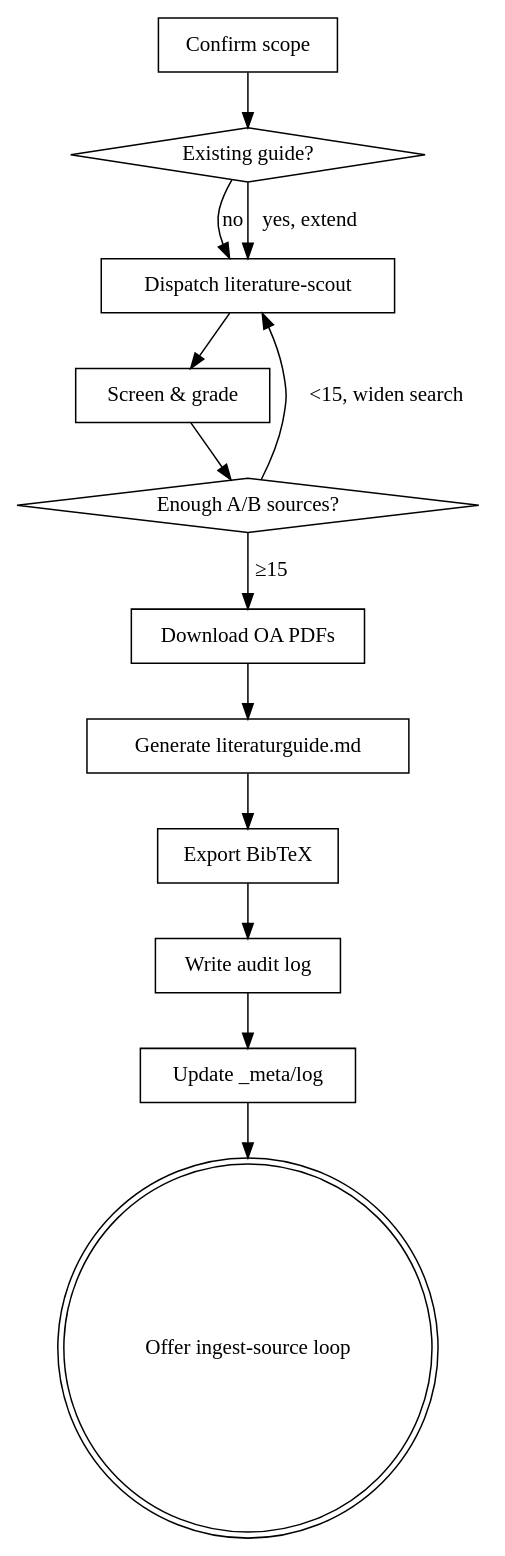
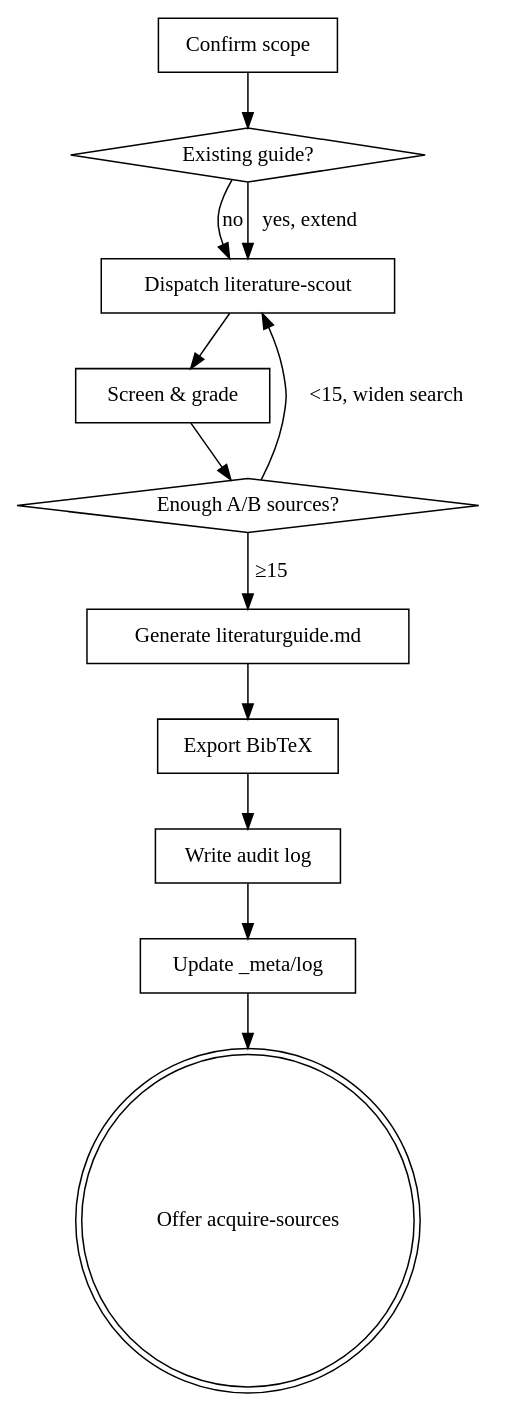
The diagram in skills/literature-review/SKILL.md (leiverkus/research-superpowers), drawn with Graphviz before and after one commit. The commit also changed other lines of this file and 19 other files, not shown here.

First line of the commit message:
feat: acquire-sources phase + ingest hard-stop on missing original

````diff
--- a/skills/literature-review/SKILL.md
+++ b/skills/literature-review/SKILL.md
@@ -81,28 +82,26 @@
 ```dot
 digraph literature_review {
     "Confirm scope" [shape=box];
     "Existing guide?" [shape=diamond];
     "Dispatch literature-scout" [shape=box];
     "Screen & grade" [shape=box];
     "Enough A/B sources?" [shape=diamond];
-    "Download OA PDFs" [shape=box];
     "Generate literaturguide.md" [shape=box];
     "Export BibTeX" [shape=box];
     "Write audit log" [shape=box];
     "Update _meta/log" [shape=box];
-    "Offer ingest-source loop" [shape=doublecircle];
+    "Offer acquire-sources" [shape=doublecircle];
 
     "Confirm scope" -> "Existing guide?";
     "Existing guide?" -> "Dispatch literature-scout" [label="no"];
     "Existing guide?" -> "Dispatch literature-scout" [label="yes, extend"];
     "Dispatch literature-scout" -> "Screen & grade";
     "Screen & grade" -> "Enough A/B sources?";
     "Enough A/B sources?" -> "Dispatch literature-scout" [label="<15, widen search"];
-    "Enough A/B sources?" -> "Download OA PDFs" [label="≥15"];
-    "Download OA PDFs" -> "Generate literaturguide.md";
+    "Enough A/B sources?" -> "Generate literaturguide.md" [label="≥15"];
     "Generate literaturguide.md" -> "Export BibTeX";
     "Export BibTeX" -> "Write audit log";
     "Write audit log" -> "Update _meta/log";
-    "Update _meta/log" -> "Offer ingest-source loop";
+    "Update _meta/log" -> "Offer acquire-sources";
 }
 ```
````
